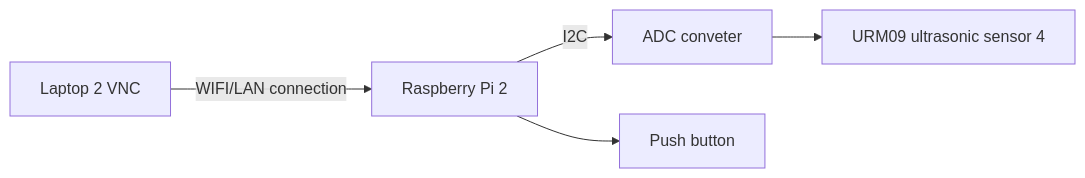
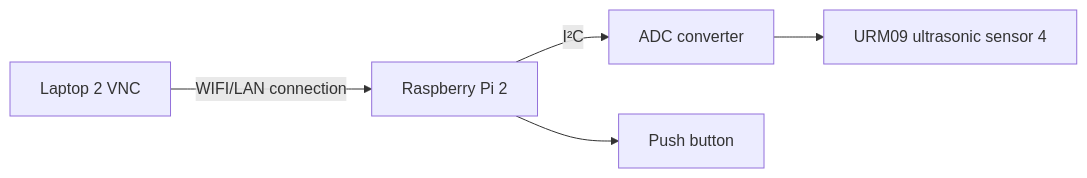
Before and after one commit to timsjt/EGL314_TEAMB: the second of 2 diagrams in README.md, drawn with Mermaid. The commit also changed other lines of this file and 4 other files, not shown here.

````diff
--- a/README.md
+++ b/README.md
@@ -29,9 +31,9 @@
 ```mermaid
 graph LR
 
-A[Laptop 2 VNC] --WIFI/LAN connection-->B[Raspberry Pi 2]--I2C-->C[ADC conveter]-->D[URM09 ultrasonic sensor 4]
+A[Laptop 2 VNC] --WIFI/LAN connection-->B[Raspberry Pi 2]--I²C-->C[ADC converter]-->D[URM09 ultrasonic sensor 4]
 B-->E[Push button]
 
 
 
 ```
````
